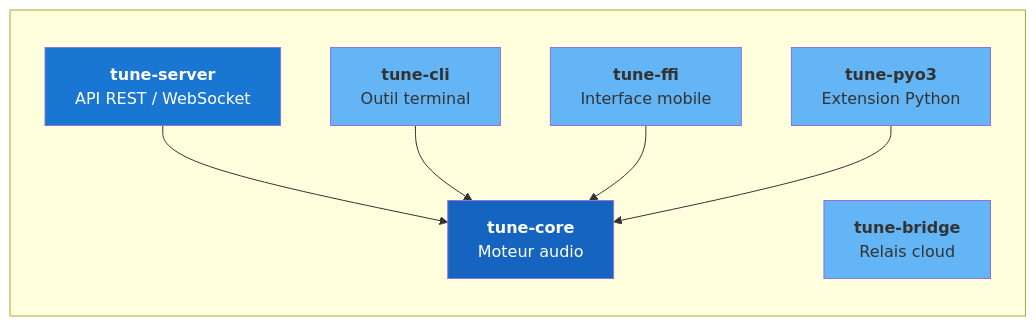
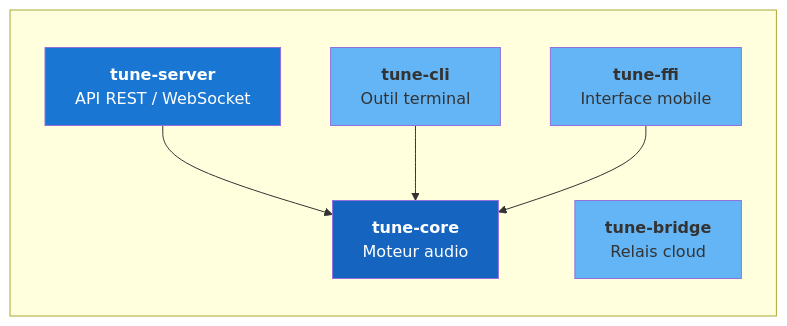
The second of 6 diagrams in docs/architecture-tune-server-rust.md (renesenses/tune-server-rust), drawn with Mermaid before and after one commit. The commit also changed other lines of this file and 14 other files, not shown here.

First line of the commit message:
fix(security): supprimer tune-pyo3 (audit item 10, RUSTSEC-2026-0176/0177)

````diff
--- a/docs/architecture-tune-server-rust.md
+++ b/docs/architecture-tune-server-rust.md
@@ -75,23 +75,20 @@
 ```mermaid
 graph LR
     subgraph " "
         A["<b>tune-core</b><br/>Moteur audio"]
         B["<b>tune-server</b><br/>API REST / WebSocket"]
         C["<b>tune-cli</b><br/>Outil terminal"]
         D["<b>tune-bridge</b><br/>Relais cloud"]
         E["<b>tune-ffi</b><br/>Interface mobile"]
-        F["<b>tune-pyo3</b><br/>Extension Python"]
     end
 
     B --> A
     C --> A
     E --> A
-    F --> A
 
     style A fill:#1565c0,color:#fff
     style B fill:#1976d2,color:#fff
     style C fill:#64b5f6
     style D fill:#64b5f6
     style E fill:#64b5f6
-    style F fill:#64b5f6
 ```
````
